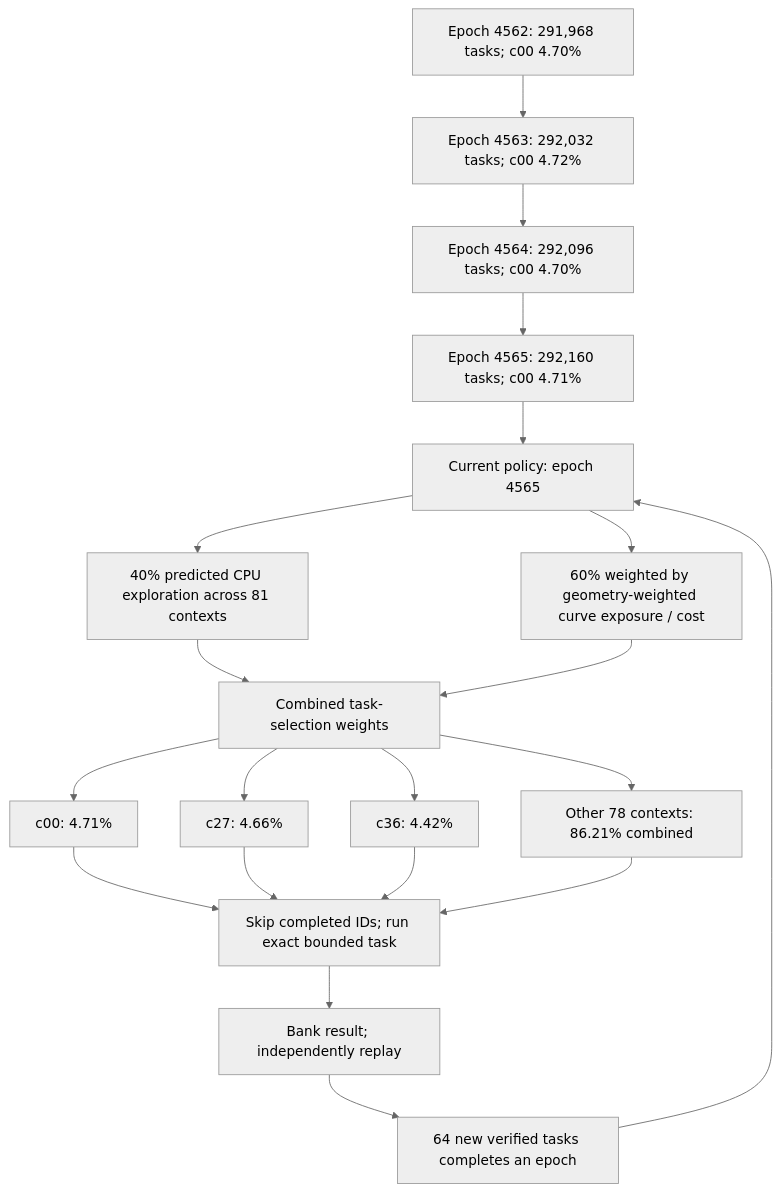
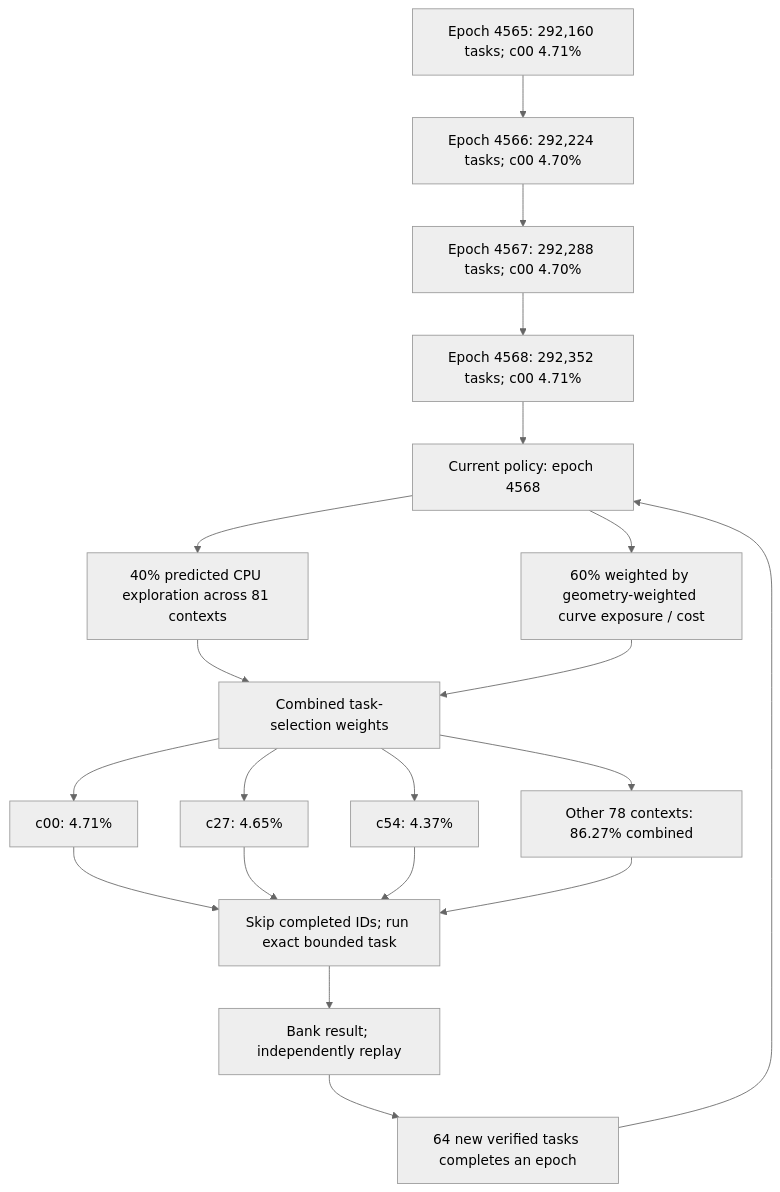
One commit to Kuberwastaken/math-gambling changed the first of 3 diagrams in README.md. Above: the diagram before and after it, drawn with Mermaid (neutral theme). The commit also changed other lines of this file and 1699 other files, not shown here.

````diff
--- a/README.md
+++ b/README.md
@@ -60,27 +60,27 @@
 ```mermaid
 flowchart TD
-    H0["Epoch 4562: 291,968 tasks; c00 4.70%"]
-    H1["Epoch 4563: 292,032 tasks; c00 4.72%"]
+    H0["Epoch 4565: 292,160 tasks; c00 4.71%"]
+    H1["Epoch 4566: 292,224 tasks; c00 4.70%"]
     H0 --> H1
-    H2["Epoch 4564: 292,096 tasks; c00 4.70%"]
+    H2["Epoch 4567: 292,288 tasks; c00 4.70%"]
     H1 --> H2
-    H3["Epoch 4565: 292,160 tasks; c00 4.71%"]
+    H3["Epoch 4568: 292,352 tasks; c00 4.71%"]
     H2 --> H3
-    Policy["Current policy: epoch 4565"]
+    Policy["Current policy: epoch 4568"]
     H3 --> Policy
     Policy --> Explore["40% predicted CPU exploration across 81 contexts"]
     Policy --> Cost["60% weighted by geometry-weighted curve exposure / cost"]
     Explore --> Mix["Combined task-selection weights"]
     Cost --> Mix
     Mix --> C0["c00: 4.71%"]
-    Mix --> C1["c27: 4.66%"]
-    Mix --> C2["c36: 4.42%"]
-    Mix --> Rest["Other 78 contexts: 86.21% combined"]
+    Mix --> C1["c27: 4.65%"]
+    Mix --> C2["c54: 4.37%"]
+    Mix --> Rest["Other 78 contexts: 86.27% combined"]
     C0 --> Check["Skip completed IDs; run exact bounded task"]
     C1 --> Check
     C2 --> Check
     Rest --> Check
     Check --> Replay["Bank result; independently replay"]
     Replay --> Gate["64 new verified tasks completes an epoch"]
     Gate --> Policy
 ```
````
